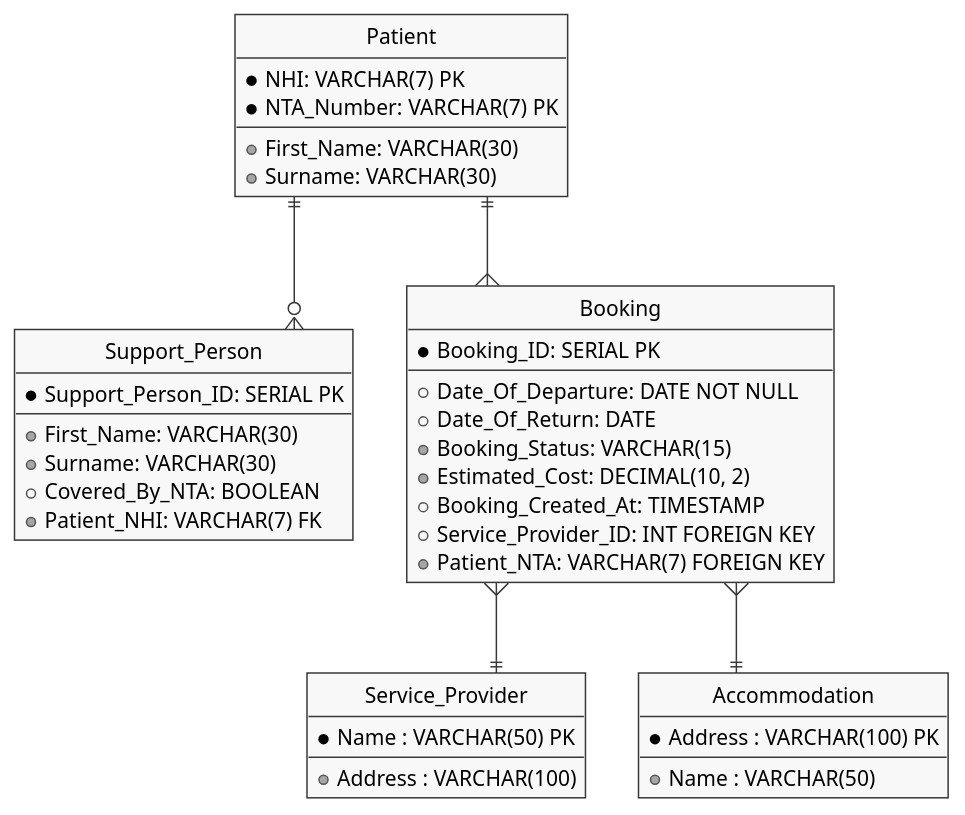
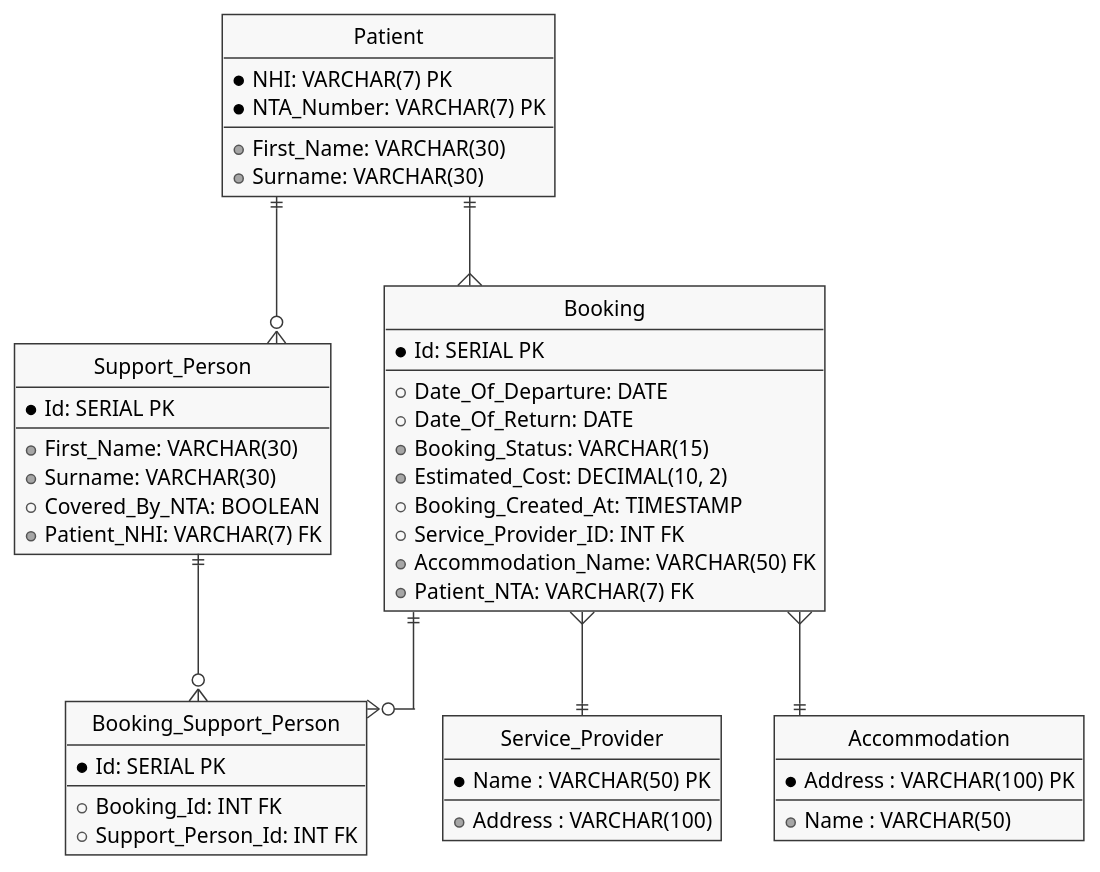
The diagram in Planning/ERD.puml (hamtana/TravelTracker), drawn with PlantUML before and after one commit.

Commit message:
added changes to erd

```diff
--- a/Planning/ERD.puml
+++ b/Planning/ERD.puml
@@ -1,56 +1,64 @@
 @startuml julliend-erd
 
 skin rose
 skinparam Style StrictUML
 skinparam LineType ortho
 skinparam monochrome true
 
 Class Patient {
     * NHI: VARCHAR(7) PK
     * NTA_Number: VARCHAR(7) PK
 --
     + First_Name: VARCHAR(30)
     + Surname: VARCHAR(30) 
 }
 
 Class Support_Person {
-    * Support_Person_ID: SERIAL PK
+    * Id: SERIAL PK
 --
     + First_Name: VARCHAR(30)
     + Surname: VARCHAR(30)
     + Covered_By_NTA: BOOLEAN
     + Patient_NHI: VARCHAR(7) FK
 }
 
-Class Booking{
-    * Booking_ID: SERIAL PK
+Class Booking {
+    * Id: SERIAL PK
 --
-    + Date_Of_Departure: DATE NOT NULL
+    + Date_Of_Departure: DATE
     + Date_Of_Return: DATE
     + Booking_Status: VARCHAR(15)
     + Estimated_Cost: DECIMAL(10, 2)
     + Booking_Created_At: TIMESTAMP 
-    + Service_Provider_ID: INT FOREIGN KEY
-    + Patient_NTA: VARCHAR(7) FOREIGN KEY
+    + Service_Provider_ID: INT FK
+    + Accommodation_Name: VARCHAR(50) FK
+    + Patient_NTA: VARCHAR(7) FK
 }
 
 Class Service_Provider {
     * Name : VARCHAR(50) PK
 --
     + Address : VARCHAR(100)
 }
 
 Class Accommodation {
     * Address : VARCHAR(100) PK
 --
     + Name : VARCHAR(50)
 }
 
+Class Booking_Support_Person {
+    * Id: SERIAL PK
+--
+    + Booking_Id: INT FK
+    + Support_Person_Id: INT FK
+}
+
 Patient ||--{Booking
 Booking }--|| Service_Provider
 Patient ||--o{ Support_Person
+Booking ||--o{ Booking_Support_Person
+Support_Person ||--o{ Booking_Support_Person
 Booking }--|| Accommodation
 
-
-
 @enduml
```
